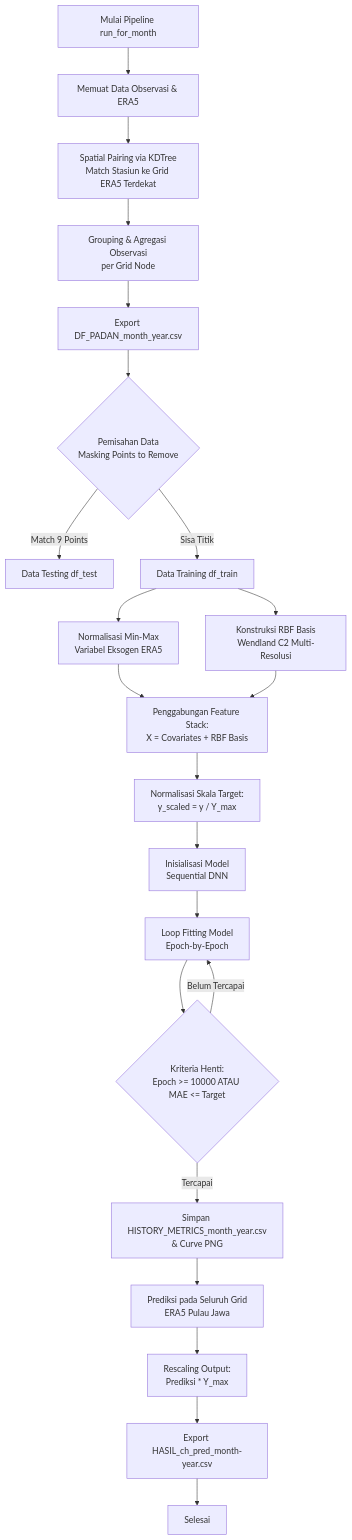
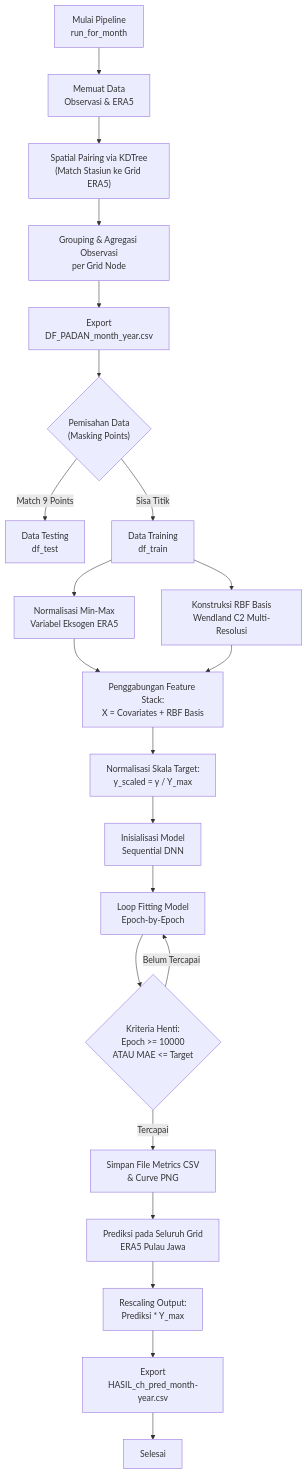
One commit to pxndameong/dk-2026 changed the first of 2 diagrams in README.md. Above: the diagram before and after it, drawn with Mermaid. The commit also changed other lines of this file, not shown here.

````diff
--- a/README.md
+++ b/README.md
@@ -26,29 +26,29 @@
 ```mermaid
 flowchart TD
-    A["Mulai Pipeline run_for_month"] --> B["Memuat Data Observasi & ERA5"]
-    B --> C["Spatial Pairing via KDTree<br/>Match Stasiun ke Grid ERA5 Terdekat"]
+    A["Mulai Pipeline<br/>run_for_month"] --> B["Memuat Data<br/>Observasi & ERA5"]
+    B --> C["Spatial Pairing via KDTree<br/>(Match Stasiun ke Grid ERA5)"]
     C --> D["Grouping & Agregasi Observasi<br/>per Grid Node"]
-    D --> E["Export DF_PADAN_month_year.csv"]
+    D --> E["Export<br/>DF_PADAN_month_year.csv"]
     
-    E --> F{"Pemisahan Data<br/>Masking Points to Remove"}
-    F -->|"Match 9 Points"| G["Data Testing df_test"]
-    F -->|"Sisa Titik"| H["Data Training df_train"]
+    E --> F{"Pemisahan Data<br/>(Masking Points)"}
+    F -->|"Match 9 Points"| G["Data Testing<br/>df_test"]
+    F -->|"Sisa Titik"| H["Data Training<br/>df_train"]
     
     H --> I["Normalisasi Min-Max<br/>Variabel Eksogen ERA5"]
     H --> J["Konstruksi RBF Basis<br/>Wendland C2 Multi-Resolusi"]
     
     I & J --> K["Penggabungan Feature Stack:<br/>X = Covariates + RBF Basis"]
     K --> L["Normalisasi Skala Target:<br/>y_scaled = y / Y_max"]
     
     L --> M["Inisialisasi Model<br/>Sequential DNN"]
     M --> N["Loop Fitting Model<br/>Epoch-by-Epoch"]
     
-    N --> O{"Kriteria Henti:<br/>Epoch >= 10000 ATAU MAE <= Target"}
+    N --> O{"Kriteria Henti:<br/>Epoch >= 10000<br/>ATAU MAE <= Target"}
     O -->|"Belum Tercapai"| N
-    O -->|"Tercapai"| P["Simpan HISTORY_METRICS_month_year.csv<br/>& Curve PNG"]
+    O -->|"Tercapai"| P["Simpan File Metrics CSV<br/>& Curve PNG"]
     
     P --> Q["Prediksi pada Seluruh Grid<br/>ERA5 Pulau Jawa"]
     Q --> R["Rescaling Output:<br/>Prediksi * Y_max"]
-    R --> S["Export HASIL_ch_pred_month-year.csv"]
+    R --> S["Export<br/>HASIL_ch_pred_month-year.csv"]
     S --> T["Selesai"]
 ```
````
